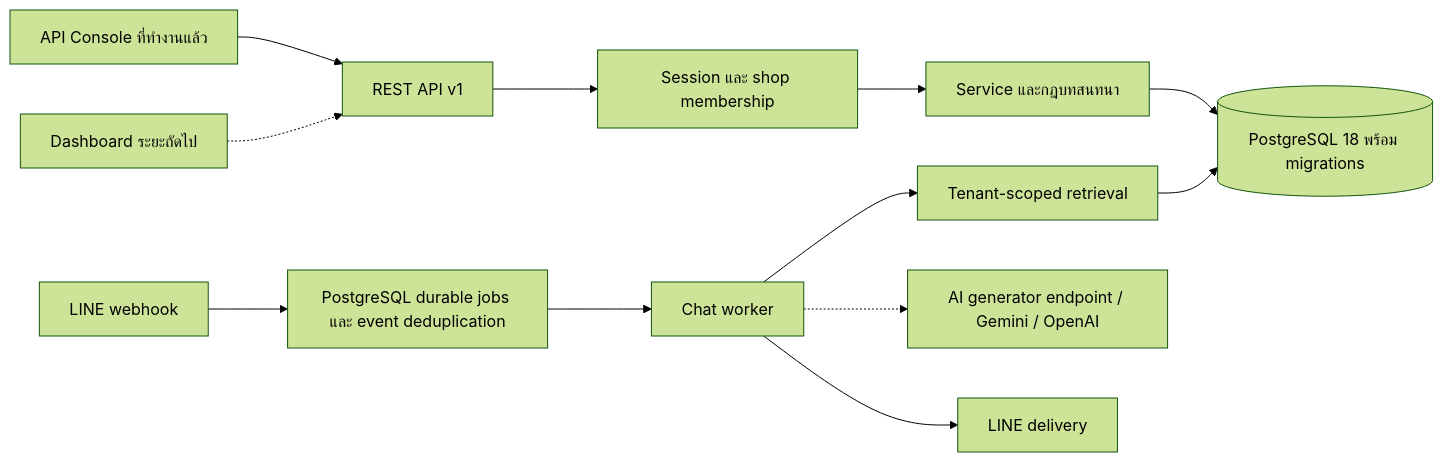
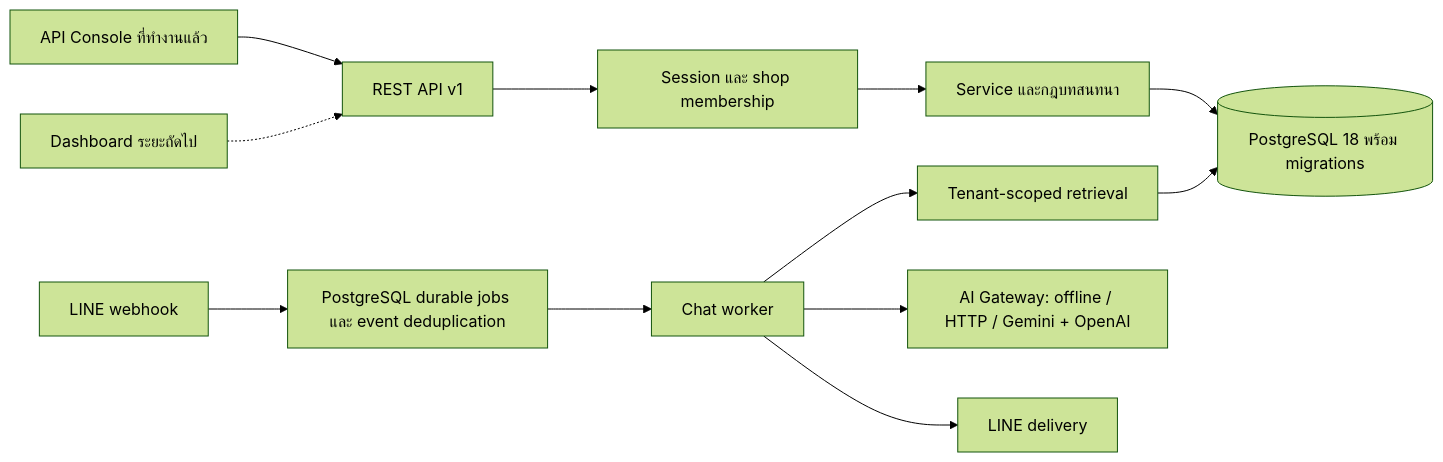
Before and after one commit to Pangkeek/Ai_Chatbot_SMBS2: the diagram in docs/architecture.md, drawn with Mermaid (forest theme). The commit also changed other lines of this file and 28 other files, not shown here.

````diff
--- a/docs/architecture.md
+++ b/docs/architecture.md
@@ -7,14 +7,14 @@
 ```mermaid
 flowchart LR
     Console[API Console ที่ทำงานแล้ว] --> API[REST API v1]
     Dashboard[Dashboard ระยะถัดไป] -.-> API
     API --> Auth[Session และ shop membership]
     Auth --> Service[Service และกฎบทสนทนา]
     Service --> DB[(PostgreSQL 18 พร้อม migrations)]
     LINE[LINE webhook] --> Queue[PostgreSQL durable jobs และ event deduplication]
     Queue --> Worker[Chat worker]
     Worker --> KB[Tenant-scoped retrieval]
     KB --> DB
-    Worker -.-> Gateway[AI generator endpoint / Gemini / OpenAI]
+    Worker --> Gateway[AI Gateway: offline / HTTP / Gemini + OpenAI]
     Worker --> Delivery[LINE delivery]
 ```
````
